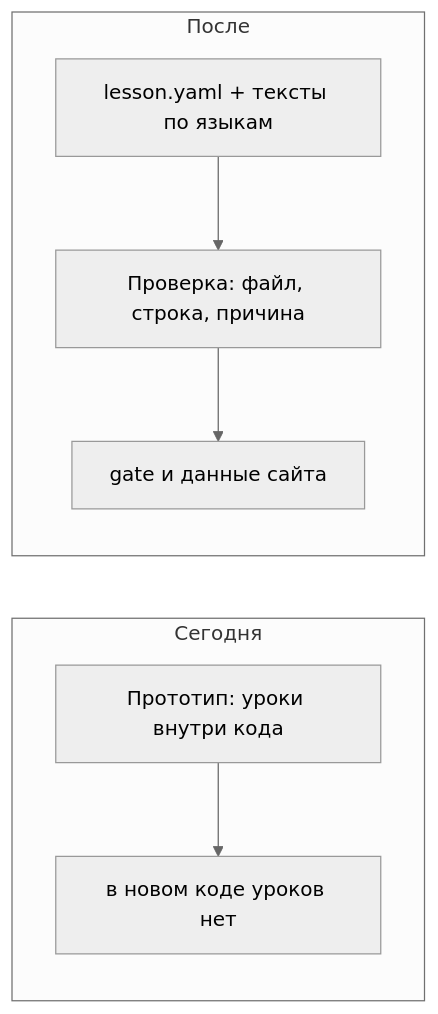
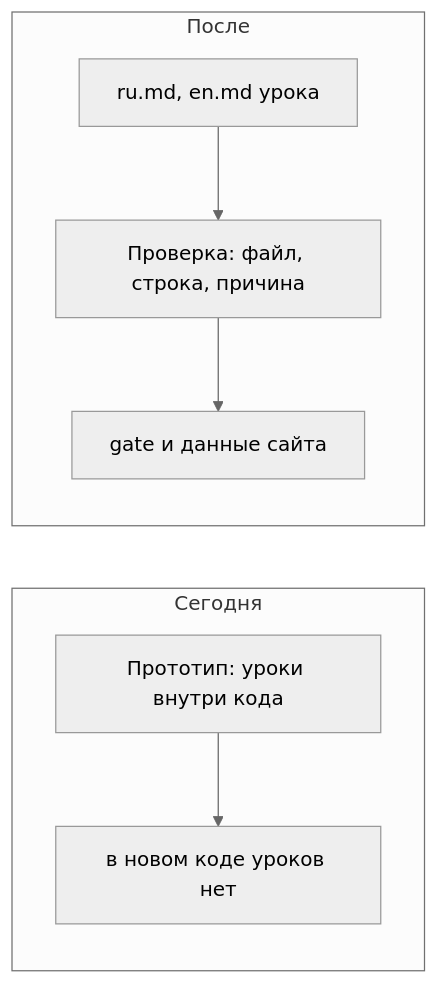
One commit to nindzyago/hacks-explorer changed the diagram in plan/designs/M1.1.md. Above: the diagram before and after it, drawn with Mermaid (neutral theme). The commit also changed other lines of this file and 1 other file, not shown here.

Commit message:
design: M1.1 r2 (Markdown instead of YAML), M1.2 r2 (no dark theme for now) — md

````diff
--- a/plan/designs/M1.1.md
+++ b/plan/designs/M1.1.md
@@ -35,9 +38,9 @@
 ```mermaid
 flowchart LR
   subgraph Сегодня
     P[Прототип: уроки внутри кода] --> X[в новом коде уроков нет]
   end
   subgraph После
-    Y[lesson.yaml + тексты по языкам] --> V[Проверка: файл, строка, причина] --> G[gate и данные сайта]
+    Y[ru.md, en.md урока] --> V[Проверка: файл, строка, причина] --> G[gate и данные сайта]
   end
 ```
````
